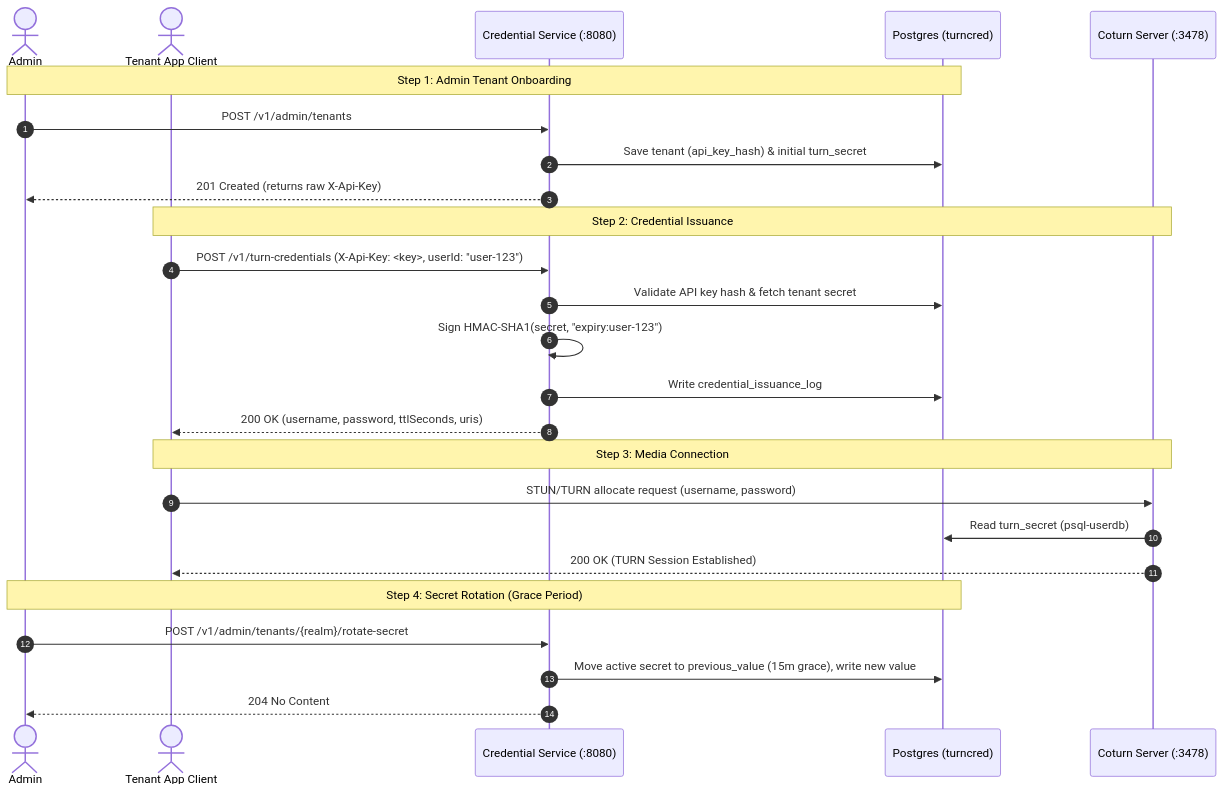
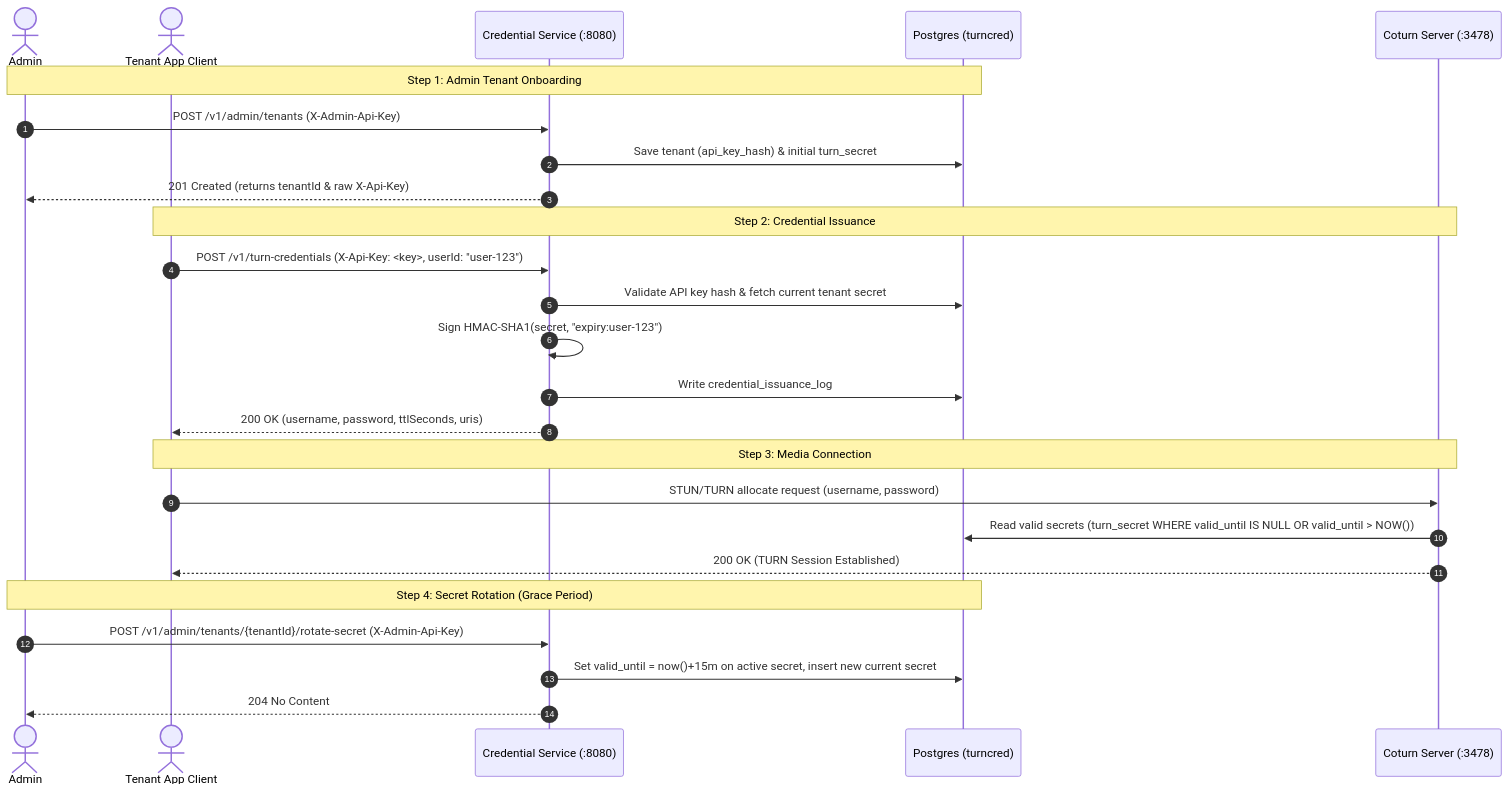
Before and after one commit to K2IOT/turn-credential-platform: the first of 2 diagrams in README.md, drawn with Mermaid. The commit also changed other lines of this file, not shown here.

Commit message:
docs: update README.md with accurate API usage guide and headers

````diff
--- a/README.md
+++ b/README.md
@@ -12,31 +11,31 @@
 ```mermaid
 sequenceDiagram
     autonumber
     actor Admin
     actor Client as Tenant App Client
     participant API as Credential Service (:8080)
     participant DB as Postgres (turncred)
     participant Coturn as Coturn Server (:3478)
 
     Note over Admin, DB: Step 1: Admin Tenant Onboarding
-    Admin->>API: POST /v1/admin/tenants
+    Admin->>API: POST /v1/admin/tenants (X-Admin-Api-Key)
     API->>DB: Save tenant (api_key_hash) & initial turn_secret
-    API-->>Admin: 201 Created (returns raw X-Api-Key)
+    API-->>Admin: 201 Created (returns tenantId & raw X-Api-Key)
 
     Note over Client, Coturn: Step 2: Credential Issuance
     Client->>API: POST /v1/turn-credentials (X-Api-Key: <key>, userId: "user-123")
-    API->>DB: Validate API key hash & fetch tenant secret
+    API->>DB: Validate API key hash & fetch current tenant secret
     API->>API: Sign HMAC-SHA1(secret, "expiry:user-123")
     API->>DB: Write credential_issuance_log
     API-->>Client: 200 OK (username, password, ttlSeconds, uris)
 
     Note over Client, Coturn: Step 3: Media Connection
     Client->>Coturn: STUN/TURN allocate request (username, password)
-    Coturn->>DB: Read turn_secret (psql-userdb)
+    Coturn->>DB: Read valid secrets (turn_secret WHERE valid_until IS NULL OR valid_until > NOW())
     Coturn-->>Client: 200 OK (TURN Session Established)
 
     Note over Admin, DB: Step 4: Secret Rotation (Grace Period)
-    Admin->>API: POST /v1/admin/tenants/{realm}/rotate-secret
-    API->>DB: Move active secret to previous_value (15m grace), write new value
+    Admin->>API: POST /v1/admin/tenants/{tenantId}/rotate-secret (X-Admin-Api-Key)
+    API->>DB: Set valid_until = now()+15m on active secret, insert new current secret
     API-->>Admin: 204 No Content
 ```
````
